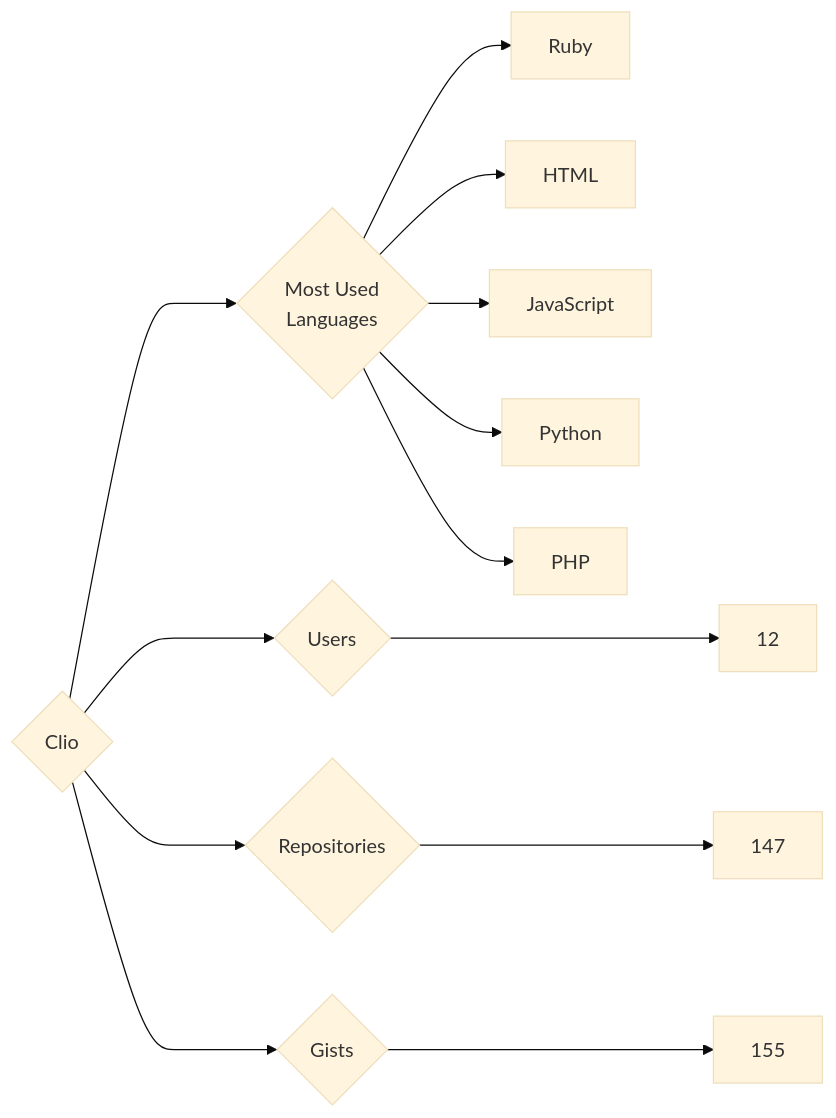
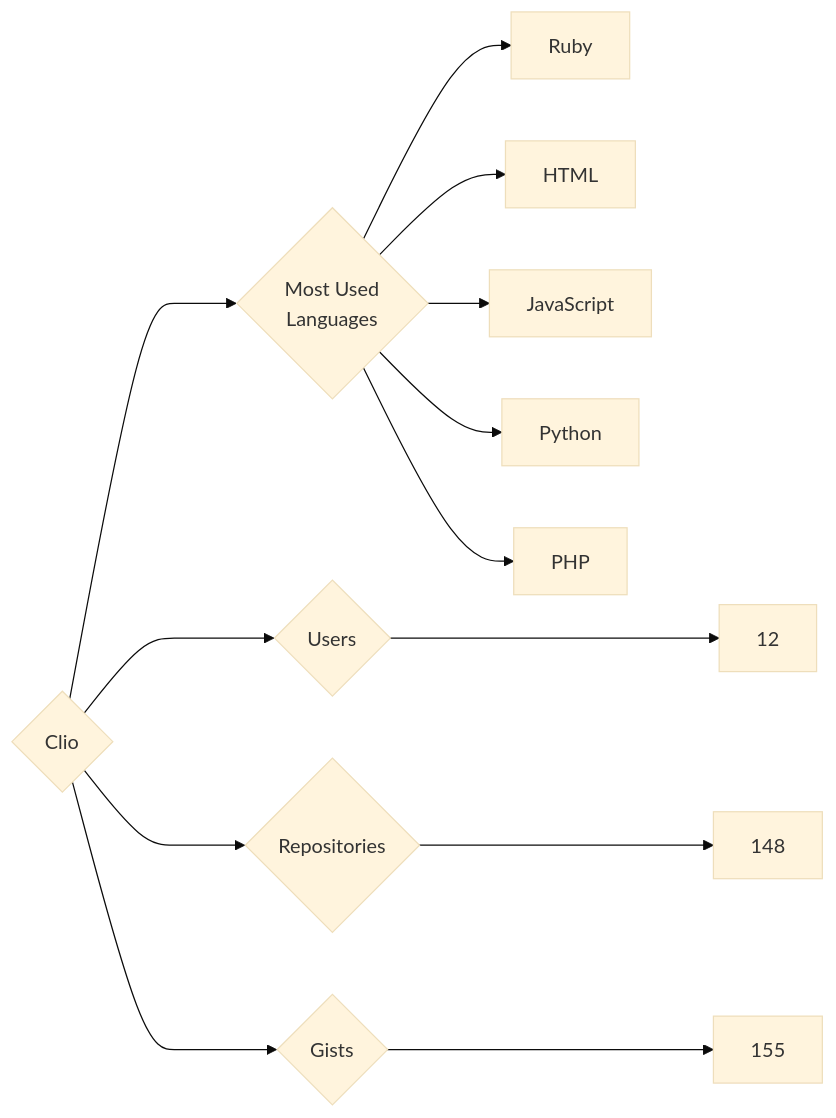
Before and after one commit to trickest/insiders: the diagram in targets/Clio/README.md, drawn with Mermaid (base theme). The commit also changed 777 other files, not shown here.

````diff
--- a/targets/Clio/README.md
+++ b/targets/Clio/README.md
@@ -3,13 +3,13 @@
 ```mermaid
 graph LR
 COMPANY_NAME{Clio}
 COMPANY_NAME ---> U{Users} ---> UN[12]
-COMPANY_NAME ---> R{Repositories} ---> RN[147]
+COMPANY_NAME ---> R{Repositories} ---> RN[148]
 COMPANY_NAME ---> G{Gists} ---> GN[155]
 COMPANY_NAME ---> ML{Most Used<br>Languages}
 ML --> Ruby[Ruby]
 ML --> HTML[HTML]
 ML --> JavaScript[JavaScript]
 ML --> Python[Python]
 ML --> PHP[PHP]
 ```
````
